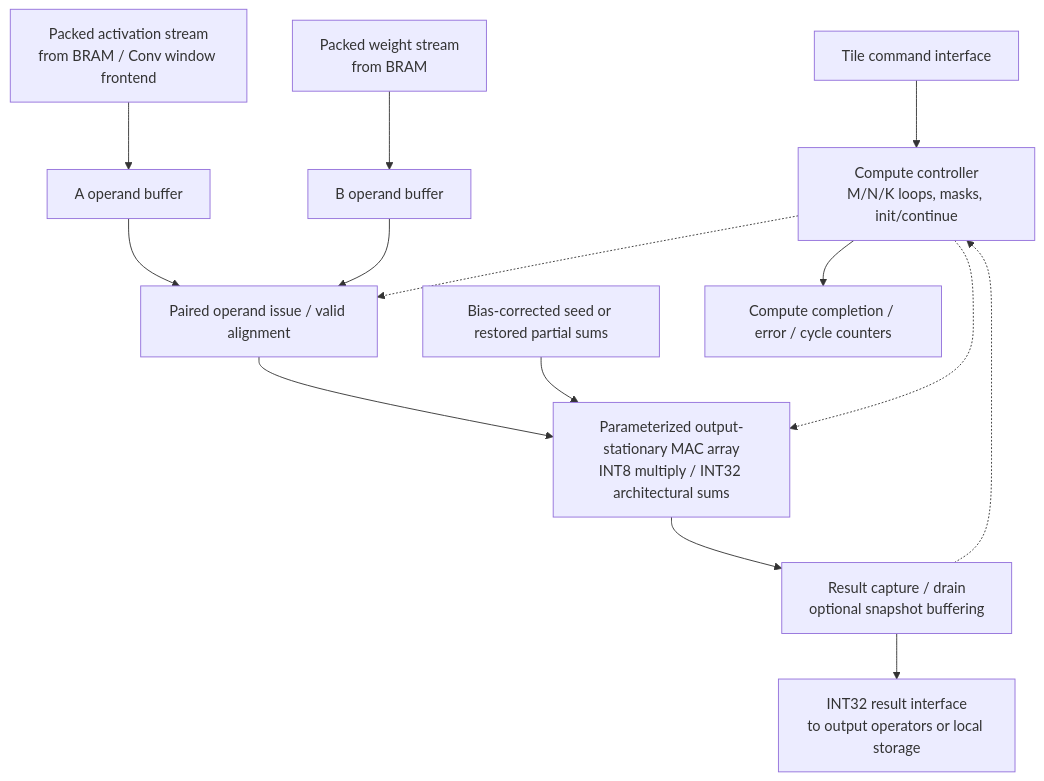
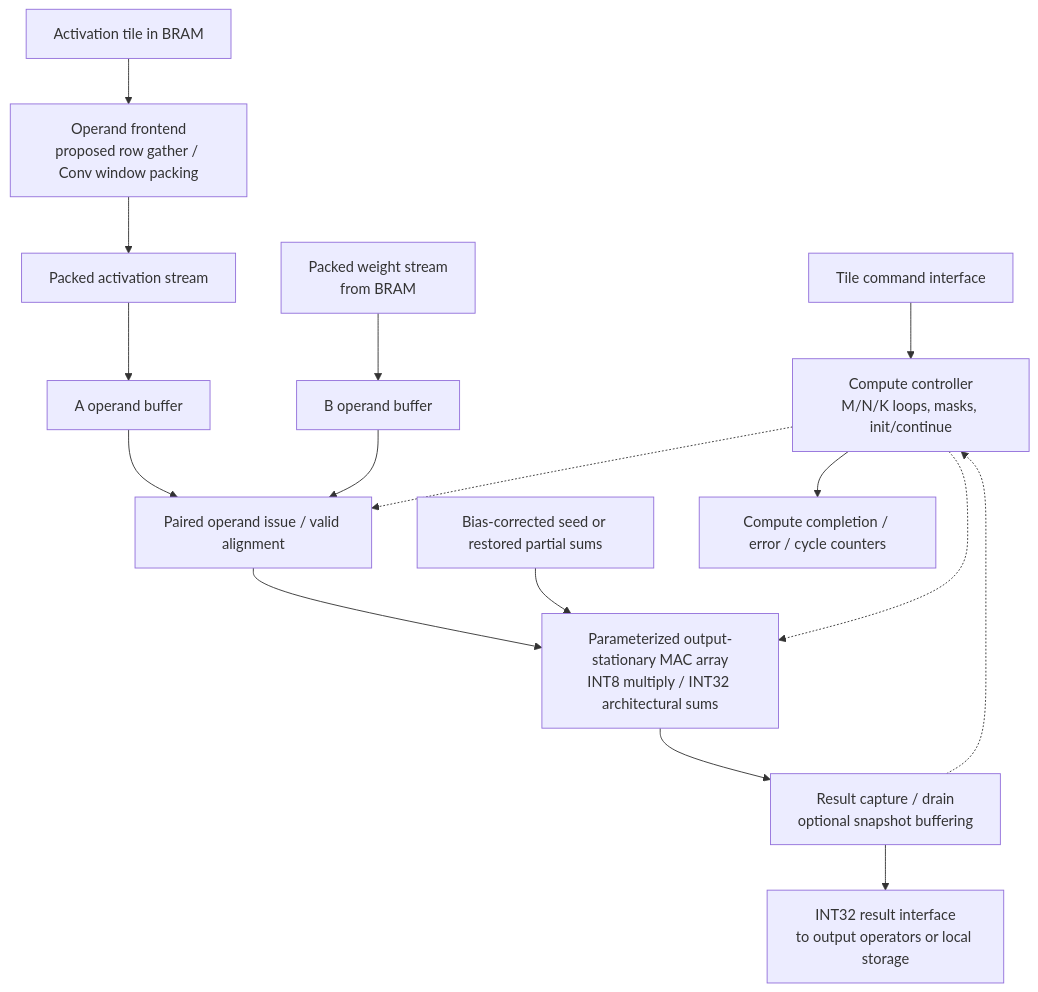
Before and after one commit to michaelgirg/raven: the diagram in docs/NPU_ARCHITECTURE.md, drawn with Mermaid. The commit also changed other lines of this file, not shown here.

````diff
--- a/docs/NPU_ARCHITECTURE.md
+++ b/docs/NPU_ARCHITECTURE.md
@@ -222,16 +234,18 @@
 ```mermaid
 flowchart TB
     CMD["Tile command interface"] --> CTRL["Compute controller<br/>M/N/K loops, masks, init/continue"]
-    A["Packed activation stream<br/>from BRAM / Conv window frontend"] --> AF["A operand buffer"]
+    AMEM["Activation tile in BRAM"] --> FRONT["Operand frontend<br/>proposed row gather / Conv window packing"]
+    FRONT --> A["Packed activation stream"]
+    A --> AF["A operand buffer"]
     B["Packed weight stream<br/>from BRAM"] --> BF["B operand buffer"]
     AF --> ISSUE["Paired operand issue / valid alignment"]
     BF --> ISSUE
     ISSUE --> MAC["Parameterized output-stationary MAC array<br/>INT8 multiply / INT32 architectural sums"]
     SEED["Bias-corrected seed or restored partial sums"] --> MAC
     CTRL -.-> ISSUE
     CTRL -.-> MAC
     MAC --> RESULT["Result capture / drain<br/>optional snapshot buffering"]
     RESULT --> OUT["INT32 result interface<br/>to output operators or local storage"]
     RESULT -.-> CTRL
     CTRL --> STATUS["Compute completion / error / cycle counters"]
 ```
````
